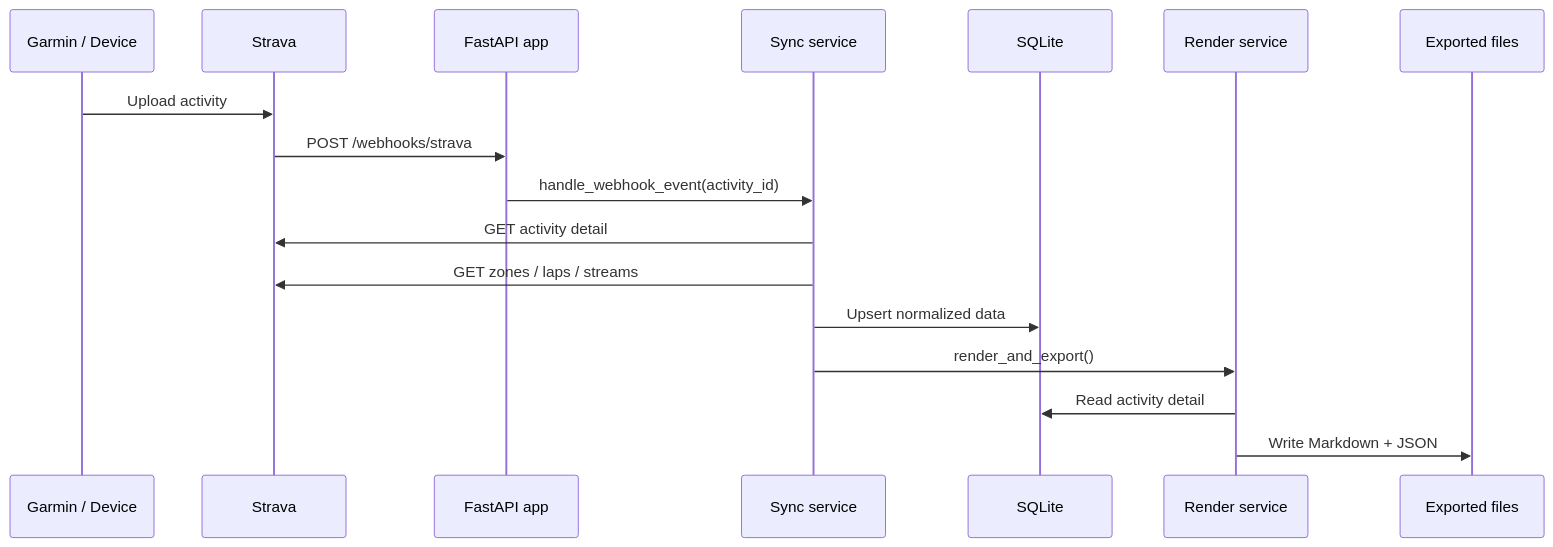
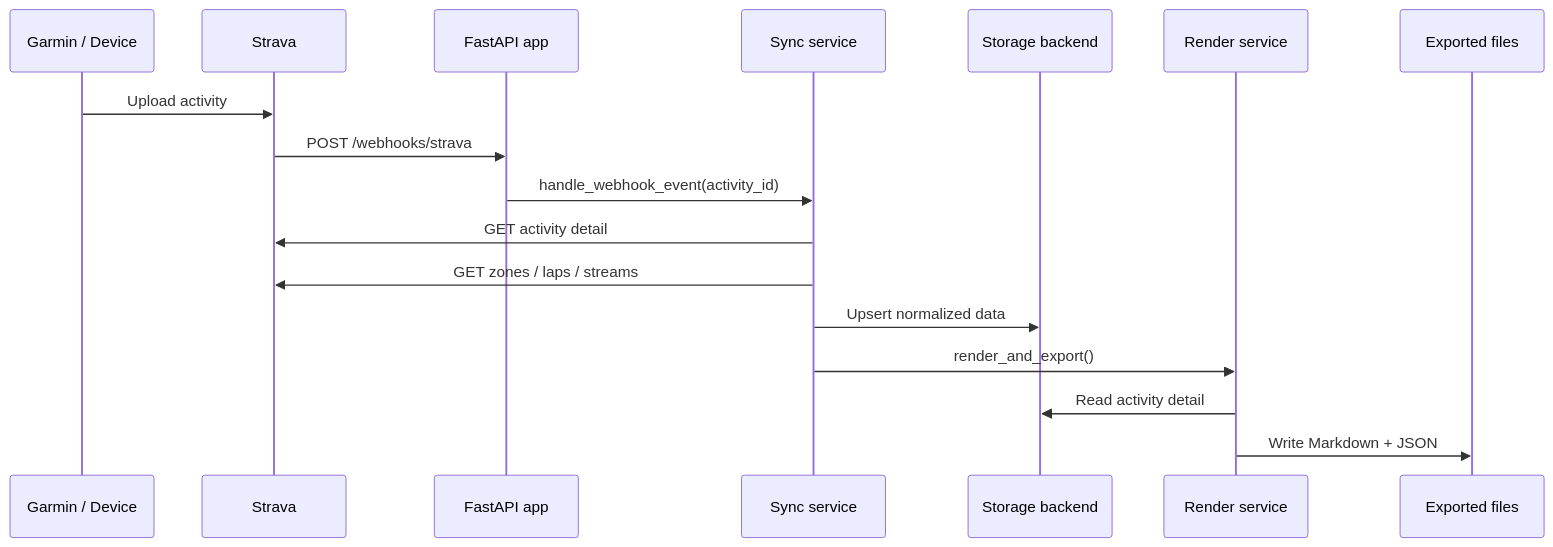
One commit to rodo1985/strava-activity-sync changed the second of 2 diagrams in docs/architecture.md. Above: the diagram before and after it, drawn with Mermaid. The commit also changed other lines of this file and 27 other files, not shown here.

````diff
--- a/docs/architecture.md
+++ b/docs/architecture.md
@@ -23,20 +23,20 @@
 ```mermaid
 sequenceDiagram
     participant Device as Garmin / Device
     participant Strava
     participant App as FastAPI app
     participant Sync as Sync service
-    participant DB as SQLite
+    participant DB as Storage backend
     participant Render as Render service
     participant Files as Exported files
 
     Device->>Strava: Upload activity
     Strava->>App: POST /webhooks/strava
     App->>Sync: handle_webhook_event(activity_id)
     Sync->>Strava: GET activity detail
     Sync->>Strava: GET zones / laps / streams
     Sync->>DB: Upsert normalized data
     Sync->>Render: render_and_export()
     Render->>DB: Read activity detail
     Render->>Files: Write Markdown + JSON
 ```
````
